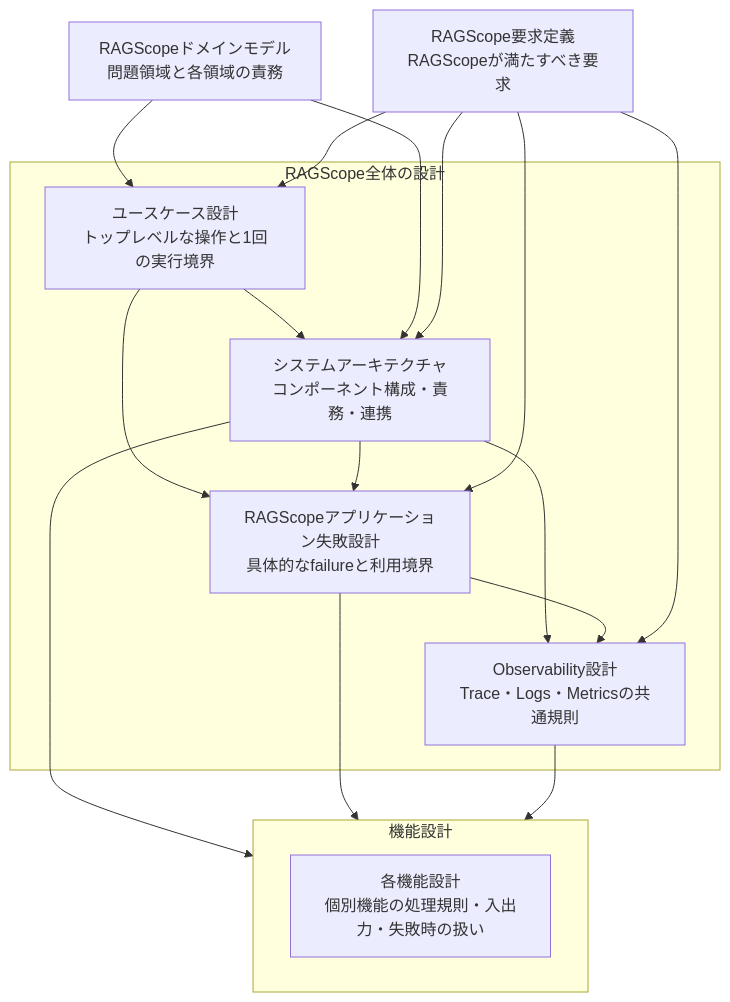
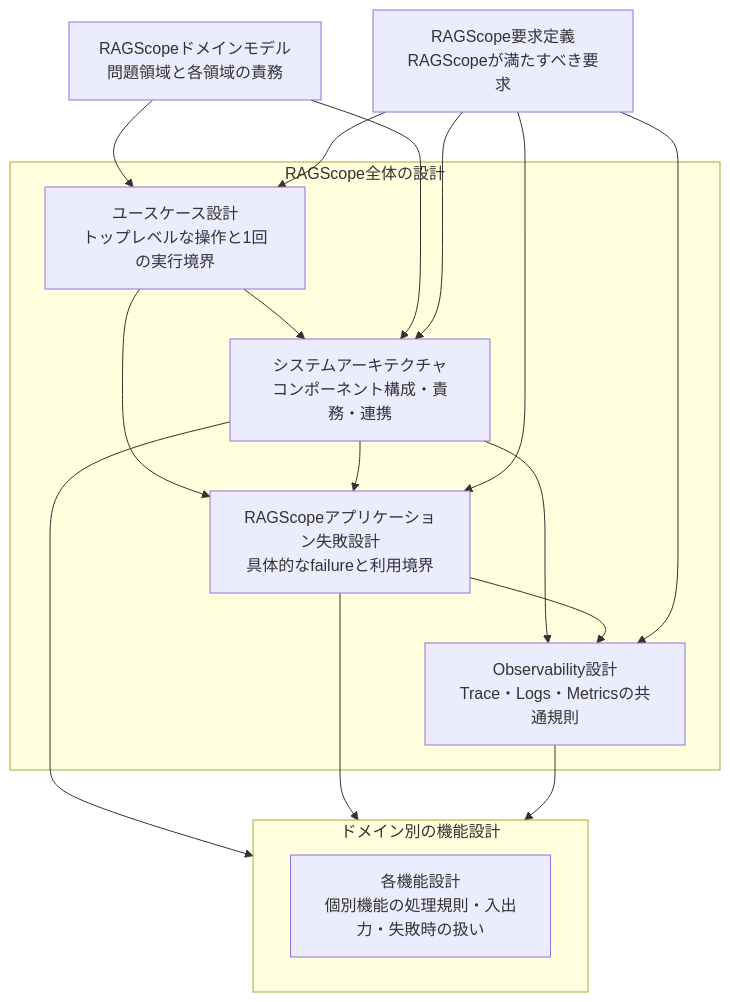
One commit to takashit16833/RAGScope changed the diagram in project-docs/design/README.md. Above: the diagram before and after it, drawn with Mermaid. The commit also changed other lines of this file and 19 other files, not shown here.

````diff
--- a/project-docs/design/README.md
+++ b/project-docs/design/README.md
@@ -21,32 +21,32 @@
 ```mermaid
 flowchart TD
     Domain["RAGScopeドメインモデル<br>問題領域と各領域の責務"]
     Requirements["RAGScope要求定義<br>RAGScopeが満たすべき要求"]
 
     subgraph Core["RAGScope全体の設計"]
         UseCase["ユースケース設計<br>トップレベルな操作と1回の実行境界"]
         Architecture["システムアーキテクチャ<br>コンポーネント構成・責務・連携"]
         Failure["RAGScopeアプリケーション失敗設計<br>具体的なfailureと利用境界"]
         Observability["Observability設計<br>Trace・Logs・Metricsの共通規則"]
         UseCase --> Architecture
         UseCase --> Failure
         Architecture --> Failure
         Architecture --> Observability
         Failure --> Observability
     end
 
-    subgraph Features["機能設計"]
+    subgraph Features["ドメイン別の機能設計"]
         FeatureDesigns["各機能設計<br>個別機能の処理規則・入出力・失敗時の扱い"]
     end
 
     Domain --> UseCase
     Requirements --> UseCase
     Domain --> Architecture
     Requirements --> Architecture
     Requirements --> Failure
     Requirements --> Observability
 
     Architecture --> Features
     Failure --> Features
     Observability --> Features
 ```
````
